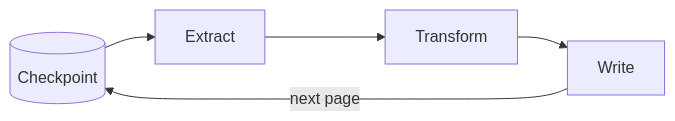
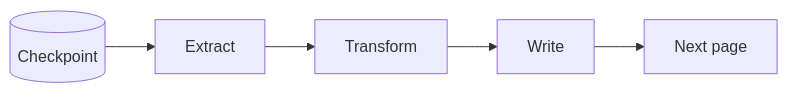
The fifth of 6 diagrams in docs/pages/engineering/architecture/indexing/sdlc-indexing.md (gitlabhq/orbit-knowledge-graph), drawn with Mermaid before and after one commit. The commit also changed other lines of this file and 8 other files, not shown here.

Commit message:
docs(testing): rewrite the end-to-end page and use banner diagrams

````diff
--- a/docs/pages/engineering/architecture/indexing/sdlc-indexing.md
+++ b/docs/pages/engineering/architecture/indexing/sdlc-indexing.md
@@ -92,7 +83,4 @@
 ```mermaid
 flowchart LR
-    C[(Checkpoint)] --> E[Extract]
-    E --> T[Transform]
-    T --> L[Write]
-    L -- next page --> C
+    C[(Checkpoint)] --> E[Extract] --> T[Transform] --> L[Write] --> Next[Next page]
 ```
````
